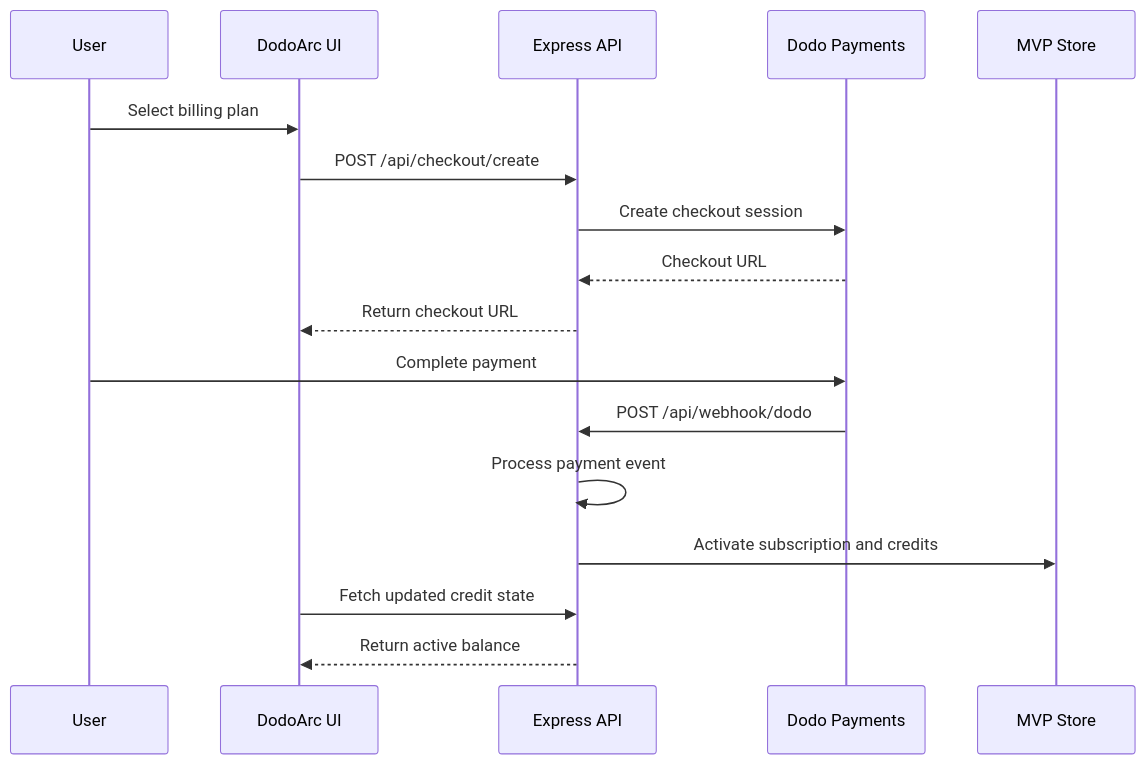
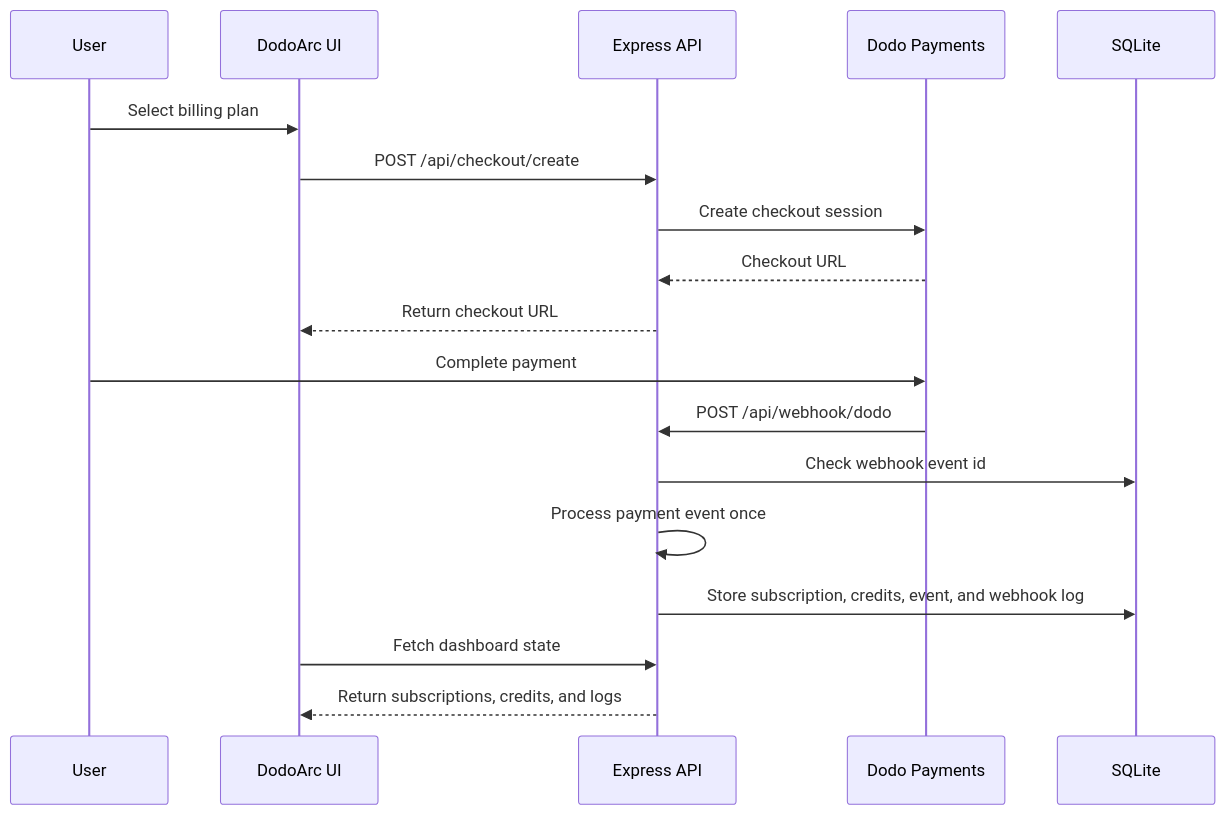
One commit to ShivamSoni20/DodoArc changed the third of 4 diagrams in README.md. Above: the diagram before and after it, drawn with Mermaid. The commit also changed other lines of this file, not shown here.

````diff
--- a/README.md
+++ b/README.md
@@ -85,20 +112,21 @@
 ```mermaid
 sequenceDiagram
     participant User
     participant UI as DodoArc UI
     participant API as Express API
     participant Dodo as Dodo Payments
-    participant Store as MVP Store
+    participant DB as SQLite
 
     User->>UI: Select billing plan
     UI->>API: POST /api/checkout/create
     API->>Dodo: Create checkout session
     Dodo-->>API: Checkout URL
     API-->>UI: Return checkout URL
     User->>Dodo: Complete payment
     Dodo->>API: POST /api/webhook/dodo
-    API->>API: Process payment event
-    API->>Store: Activate subscription and credits
-    UI->>API: Fetch updated credit state
-    API-->>UI: Return active balance
+    API->>DB: Check webhook event id
+    API->>API: Process payment event once
+    API->>DB: Store subscription, credits, event, and webhook log
+    UI->>API: Fetch dashboard state
+    API-->>UI: Return subscriptions, credits, and logs
 ```
````
